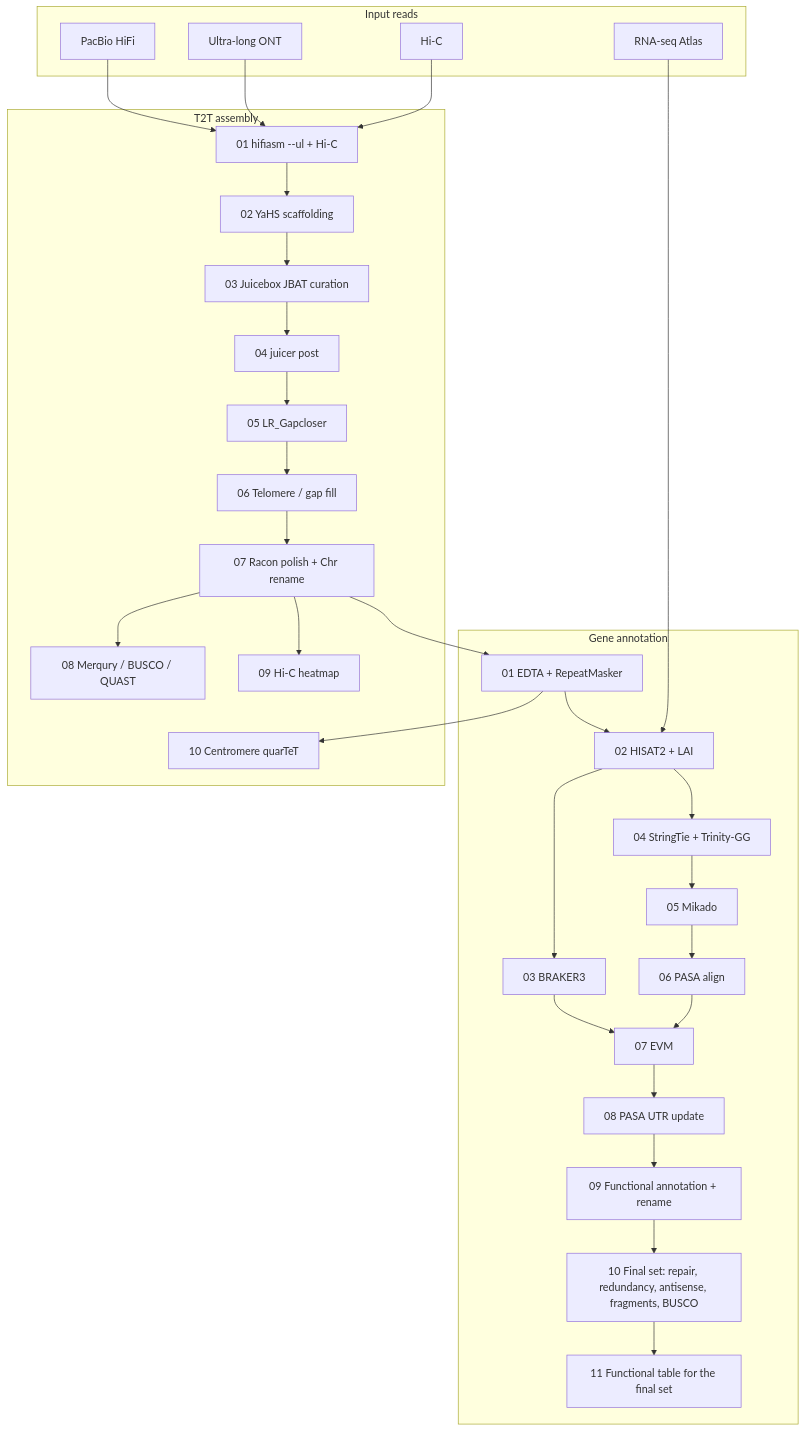
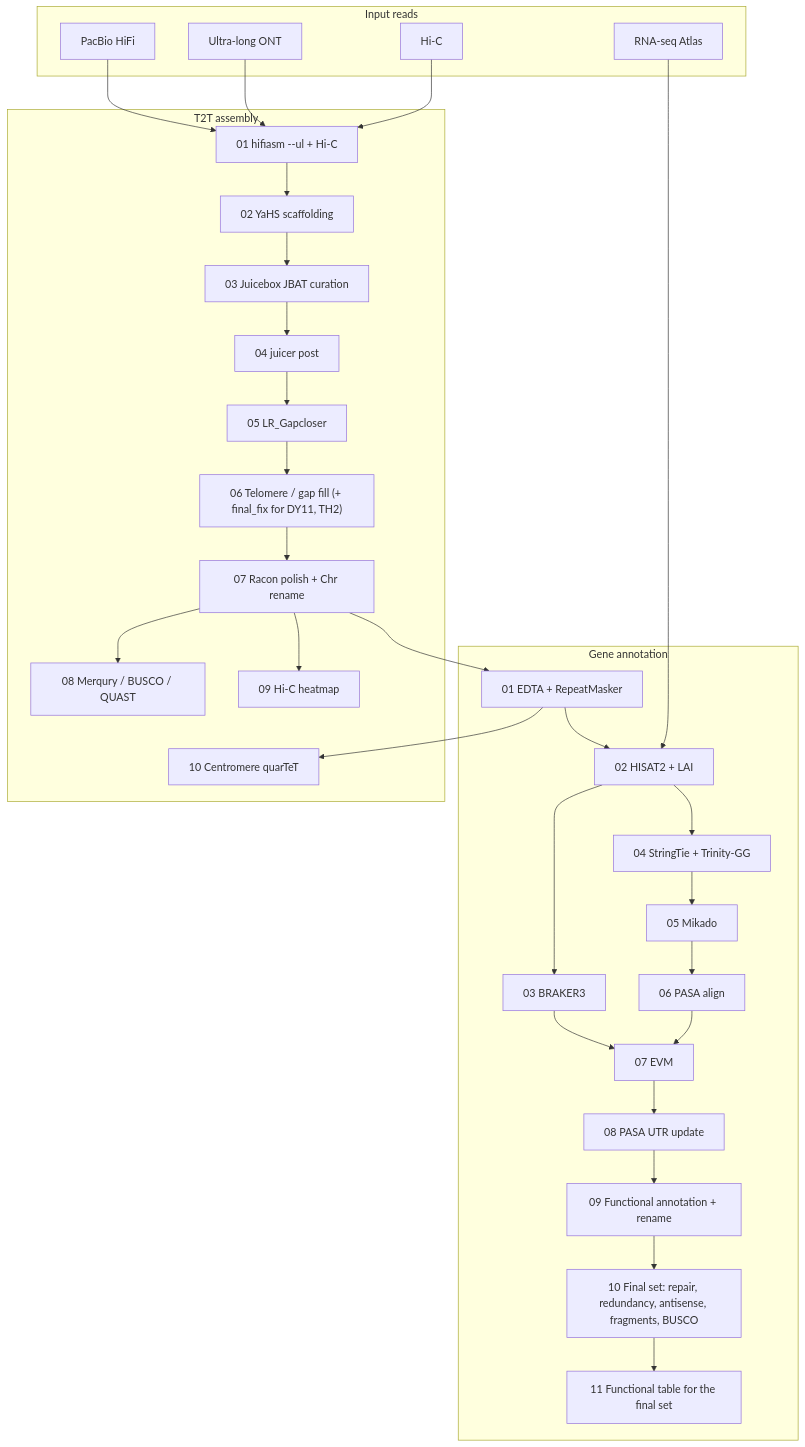
Before and after one commit to sibs-zz/soybean_assembly_annotation: the diagram in README.md, drawn with Mermaid. The commit also changed other lines of this file and 19 other files, not shown here.

````diff
--- a/README.md
+++ b/README.md
@@ -13,48 +13,48 @@
 ```mermaid
 flowchart TD
   subgraph reads["Input reads"]
     HiFi["PacBio HiFi"]
     ONT["Ultra-long ONT"]
     HiC["Hi-C"]
     RNA["RNA-seq Atlas"]
   end
 
   subgraph asm["T2T assembly"]
     A01["01 hifiasm --ul + Hi-C"]
     A02["02 YaHS scaffolding"]
     A03["03 Juicebox JBAT curation"]
     A04["04 juicer post"]
     A05["05 LR_Gapcloser"]
-    A06["06 Telomere / gap fill"]
+    A06["06 Telomere / gap fill (+ final_fix for DY11, TH2)"]
     A07["07 Racon polish + Chr rename"]
     A08["08 Merqury / BUSCO / QUAST"]
     A09["09 Hi-C heatmap"]
     A10["10 Centromere quarTeT"]
   end
 
   subgraph ann["Gene annotation"]
     N01["01 EDTA + RepeatMasker"]
     N02["02 HISAT2 + LAI"]
     N03["03 BRAKER3"]
     N04["04 StringTie + Trinity-GG"]
     N05["05 Mikado"]
     N06["06 PASA align"]
     N07["07 EVM"]
     N08["08 PASA UTR update"]
     N09["09 Functional annotation + rename"]
     N10["10 Final set: repair, redundancy, antisense, fragments, BUSCO"]
     N11["11 Functional table for the final set"]
   end
 
   HiFi --> A01
   ONT --> A01
   HiC --> A01
   A01 --> A02 --> A03 --> A04 --> A05 --> A06 --> A07
   A07 --> A08
   A07 --> A09
   N01 --> A10
   A07 --> N01 --> N02 --> N03
   RNA --> N02
   N02 --> N04 --> N05 --> N06 --> N07 --> N08 --> N09 --> N10 --> N11
   N03 --> N07
 ```
````
